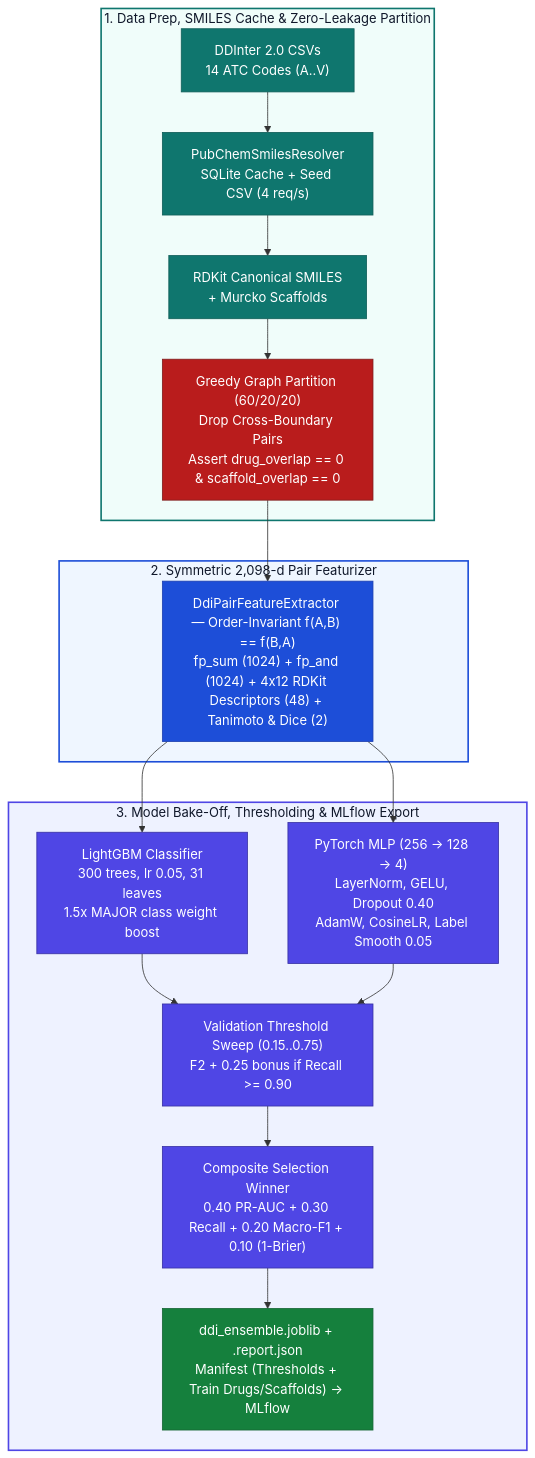
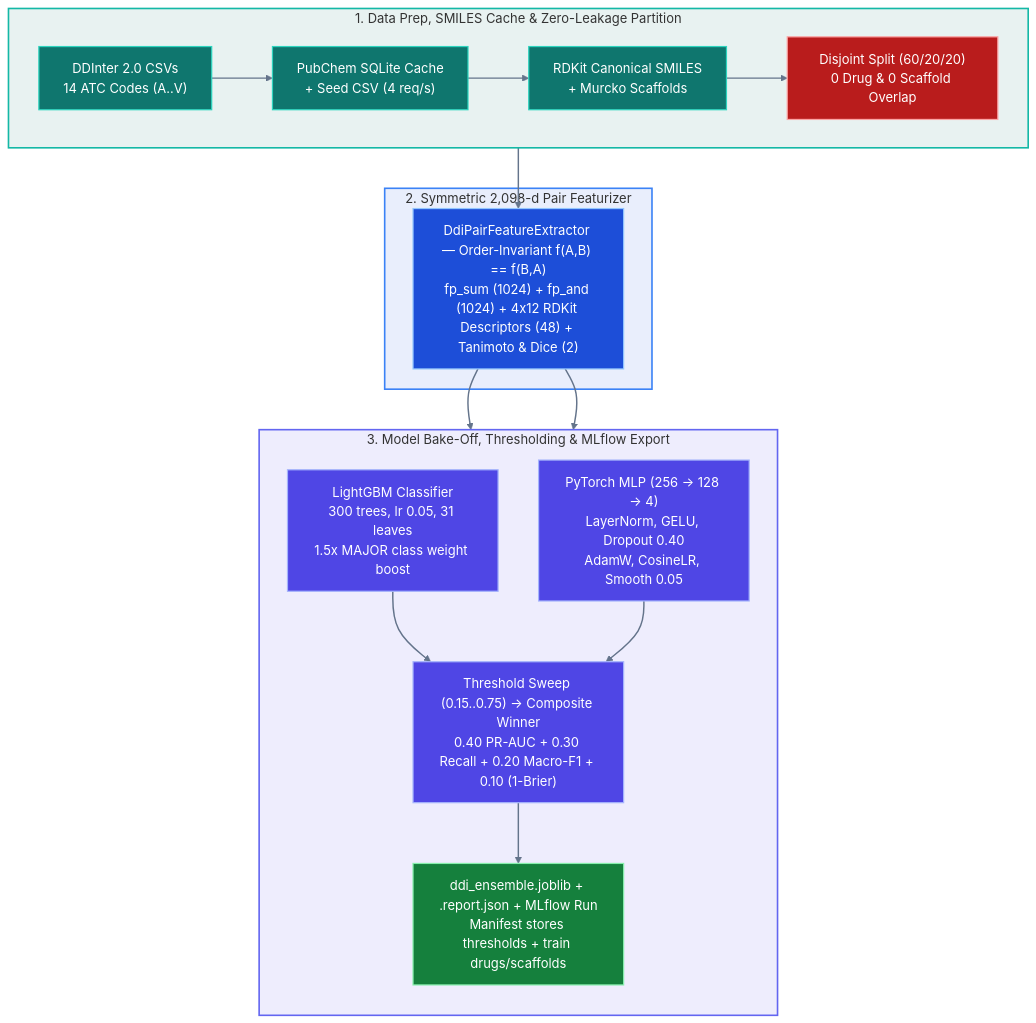
One commit to hrdk6/PillScope changed the fifth of 8 diagrams in README.md. Above: the diagram before and after it, drawn with Mermaid. The commit also changed other lines of this file, not shown here.

Commit message:
docs: fix Mermaid dark-mode contrast, diagram proportions, and normalizer counts

````diff
--- a/README.md
+++ b/README.md
@@ -402,43 +404,44 @@
 ```mermaid
 flowchart TB
     subgraph SG_PREP["1. Data Prep, SMILES Cache & Zero-Leakage Partition"]
-        D1["DDInter 2.0 CSVs<br/>14 ATC Codes (A..V)"] --> D2["PubChemSmilesResolver<br/>SQLite Cache + Seed CSV (4 req/s)"]
-        D2 --> D3["RDKit Canonical SMILES<br/>+ Murcko Scaffolds"]
-        D3 --> S1["Greedy Graph Partition (60/20/20)<br/>Drop Cross-Boundary Pairs<br/>Assert drug_overlap == 0 & scaffold_overlap == 0"]
+        direction LR
+        D1["DDInter 2.0 CSVs<br/>14 ATC Codes (A..V)"] --> D2["PubChem SQLite Cache<br/>+ Seed CSV (4 req/s)"] --> D3["RDKit Canonical SMILES<br/>+ Murcko Scaffolds"] --> S1["Disjoint Split (60/20/20)<br/>0 Drug & 0 Scaffold Overlap"]
     end
 
     subgraph SG_FEAT["2. Symmetric 2,098-d Pair Featurizer"]
         FE["DdiPairFeatureExtractor — Order-Invariant f(A,B) == f(B,A)<br/>fp_sum (1024) + fp_and (1024) + 4x12 RDKit Descriptors (48) + Tanimoto & Dice (2)"]
     end
 
     subgraph SG_TRAIN["3. Model Bake-Off, Thresholding & MLflow Export"]
+        direction TB
         M1["LightGBM Classifier<br/>300 trees, lr 0.05, 31 leaves<br/>1.5x MAJOR class weight boost"]
-        M2["PyTorch MLP (256 → 128 → 4)<br/>LayerNorm, GELU, Dropout 0.40<br/>AdamW, CosineLR, Label Smooth 0.05"]
-        TUNE["Validation Threshold Sweep (0.15..0.75)<br/>F2 + 0.25 bonus if Recall >= 0.90"]
-        WIN["Composite Selection Winner<br/>0.40 PR-AUC + 0.30 Recall + 0.20 Macro-F1 + 0.10 (1-Brier)"]
-        ART["ddi_ensemble.joblib + .report.json<br/>Manifest (Thresholds + Train Drugs/Scaffolds) → MLflow"]
+        M2["PyTorch MLP (256 → 128 → 4)<br/>LayerNorm, GELU, Dropout 0.40<br/>AdamW, CosineLR, Smooth 0.05"]
+        TUNE["Threshold Sweep (0.15..0.75) → Composite Winner<br/>0.40 PR-AUC + 0.30 Recall + 0.20 Macro-F1 + 0.10 (1-Brier)"]
+        ART["ddi_ensemble.joblib + .report.json + MLflow Run<br/>Manifest stores thresholds + train drugs/scaffolds"]
         M1 --> TUNE
         M2 --> TUNE
-        TUNE --> WIN --> ART
+        TUNE --> ART
     end
 
     S1 --> FE
     FE --> M1
     FE --> M2
 
-    style SG_PREP fill:#F0FDFA,stroke:#0F766E,stroke-width:2px,color:#0F172A
-    style SG_FEAT fill:#EFF6FF,stroke:#1D4ED8,stroke-width:2px,color:#0F172A
-    style SG_TRAIN fill:#EEF2FF,stroke:#4F46E5,stroke-width:2px,color:#0F172A
+    style SG_PREP fill:#0F766E18,stroke:#14B8A6,stroke-width:2px
+    style SG_FEAT fill:#1D4ED818,stroke:#3B82F6,stroke-width:2px
+    style SG_TRAIN fill:#4F46E518,stroke:#6366F1,stroke-width:2px
 
-    classDef teal fill:#0F766E,stroke:#115E59,color:#FFFFFF
-    classDef crimson fill:#B91C1C,stroke:#7F1D1D,color:#FFFFFF
-    classDef cobalt fill:#1D4ED8,stroke:#1E40AF,color:#FFFFFF
-    classDef indigo fill:#4F46E5,stroke:#3730A3,color:#FFFFFF
-    classDef emerald fill:#15803D,stroke:#166534,color:#FFFFFF
+    linkStyle default stroke:#64748B,stroke-width:1.8px
+
+    classDef teal fill:#0F766E,stroke:#2DD4BF,stroke-width:1.5px,color:#FFFFFF
+    classDef crimson fill:#B91C1C,stroke:#FCA5A5,stroke-width:1.5px,color:#FFFFFF
+    classDef cobalt fill:#1D4ED8,stroke:#93C5FD,stroke-width:1.5px,color:#FFFFFF
+    classDef indigo fill:#4F46E5,stroke:#A5B4FC,stroke-width:1.5px,color:#FFFFFF
+    classDef emerald fill:#15803D,stroke:#86EFAC,stroke-width:1.5px,color:#FFFFFF
 
     class D1,D2,D3 teal
     class S1 crimson
     class FE cobalt
-    class M1,M2,TUNE,WIN indigo
+    class M1,M2,TUNE indigo
     class ART emerald
 ```
````
